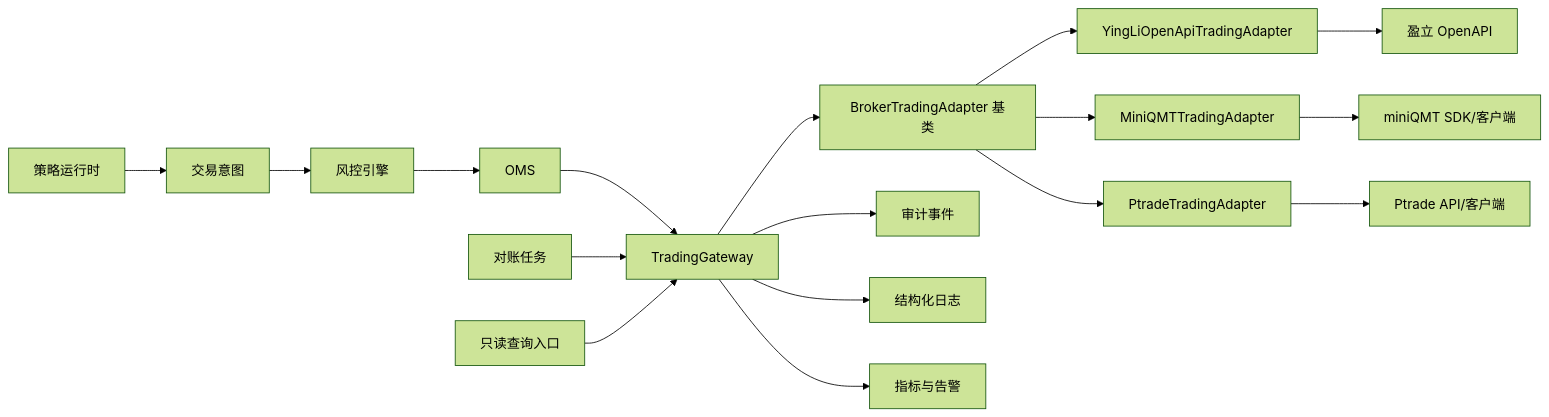
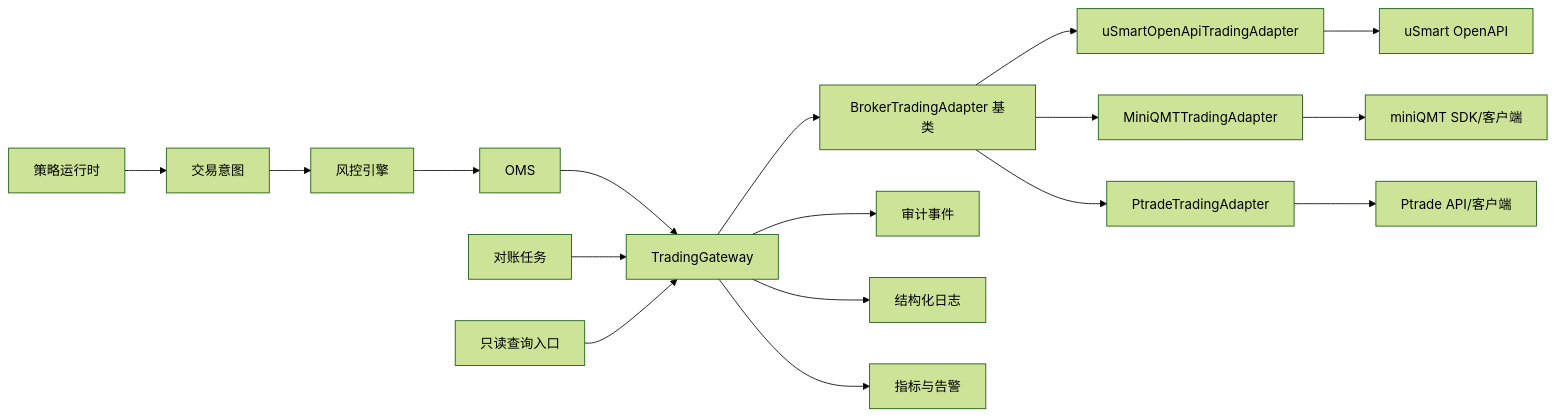
Before and after one commit to lyty1997/Augur_Maestro: the diagram in docs/30-trading/18-broker-trading-gateway-design.md, drawn with Mermaid (forest theme). The commit also changed other lines of this file and 11 other files, not shown here.

Commit message:
fix: 修改‘YingLi’ 为‘uSmart’

````diff
--- a/docs/30-trading/18-broker-trading-gateway-design.md
+++ b/docs/30-trading/18-broker-trading-gateway-design.md
@@ -36,20 +36,20 @@
 ```mermaid
 flowchart LR
     Strategy[策略运行时] --> Intent[交易意图]
     Intent --> Risk[风控引擎]
     Risk --> OMS[OMS]
     OMS --> Gateway[TradingGateway]
     Gateway --> Adapter[BrokerTradingAdapter 基类]
-    Adapter --> YingLi[YingLiOpenApiTradingAdapter]
+    Adapter --> uSmart[uSmartOpenApiTradingAdapter]
     Adapter --> MiniQMT[MiniQMTTradingAdapter]
     Adapter --> Ptrade[PtradeTradingAdapter]
-    YingLi --> Broker1[盈立 OpenAPI]
+    uSmart --> Broker1[uSmart OpenAPI]
     MiniQMT --> Broker2[miniQMT SDK/客户端]
     Ptrade --> Broker3[Ptrade API/客户端]
 
     Gateway --> Audit[审计事件]
     Gateway --> Logs[结构化日志]
     Gateway --> Metrics[指标与告警]
     Reconcile[对账任务] --> Gateway
     ReadOnly[只读查询入口] --> Gateway
 ```
````
